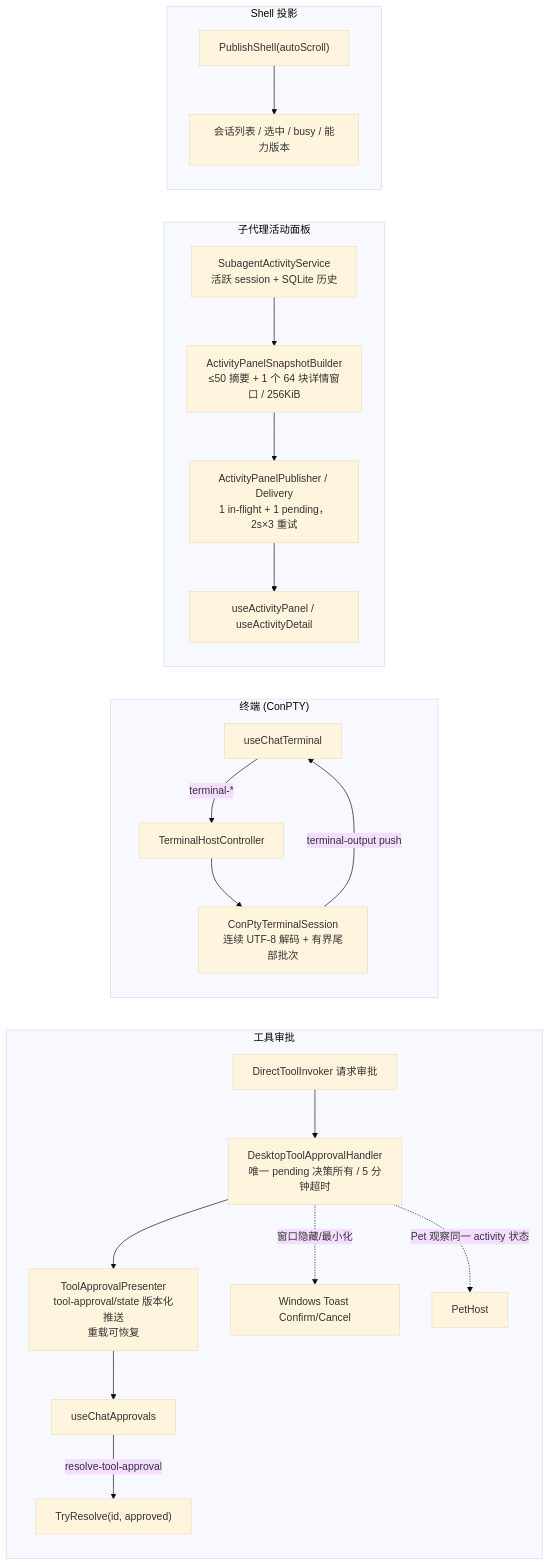
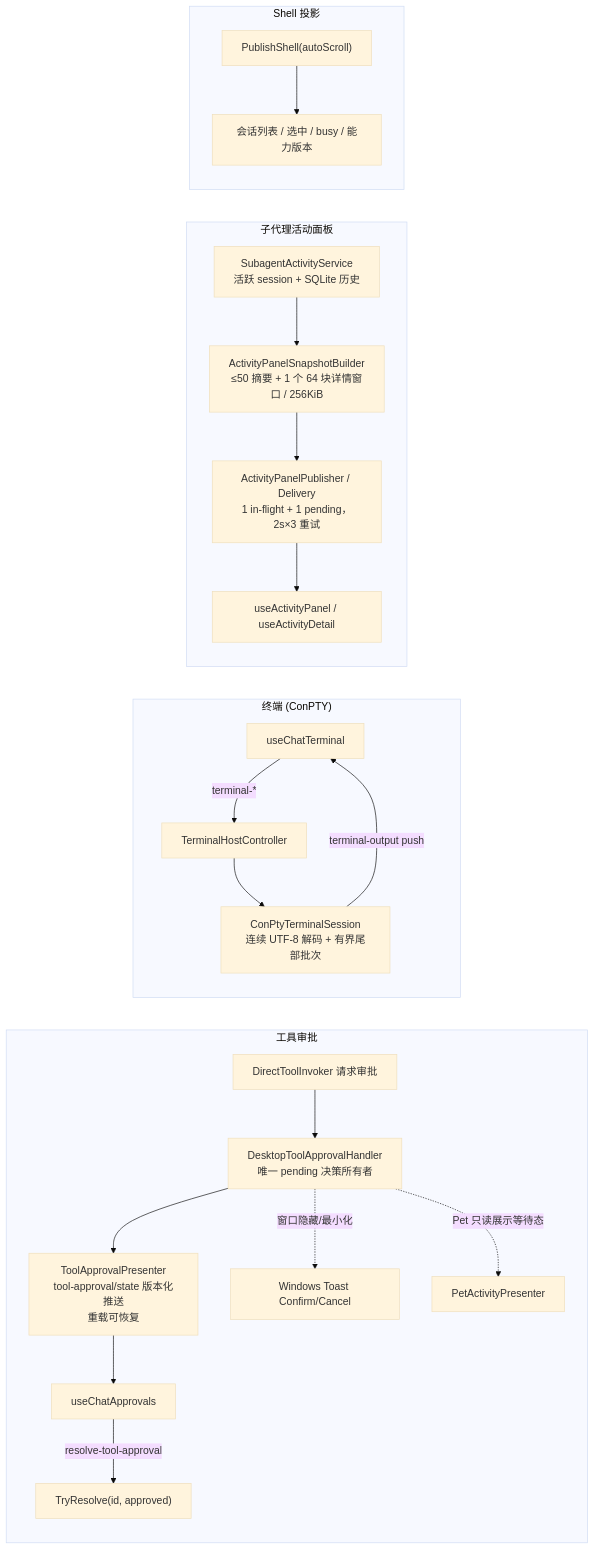
One commit to zj0135/SelfClaw changed the seventh of 8 diagrams in docs/pipeline-architecture.md. Above: the diagram before and after it, drawn with Mermaid (base theme). The commit also changed 21 other files, not shown here.

````diff
--- a/docs/pipeline-architecture.md
+++ b/docs/pipeline-architecture.md
@@ -239,24 +239,24 @@
 ```mermaid
 flowchart LR
     subgraph APPROVAL["工具审批"]
-        A1["DirectToolInvoker 请求审批"] --> A2["DesktopToolApprovalHandler<br/>唯一 pending 决策所有 / 5 分钟超时"]
+        A1["DirectToolInvoker 请求审批"] --> A2["DesktopToolApprovalHandler<br/>唯一 pending 决策所有者"]
         A2 --> A3["ToolApprovalPresenter<br/>tool-approval/state 版本化推送<br/>重载可恢复"]
         A3 --> A4["useChatApprovals"]
         A4 -->|"resolve-tool-approval"| A5["TryResolve(id, approved)"]
         A2 -.->|"窗口隐藏/最小化"| A6["Windows Toast Confirm/Cancel"]
-        A2 -.->|"Pet 观察同一 activity 状态"| A7["PetHost"]
+        A2 -.->|"Pet 只读展示等待态"| A7["PetActivityPresenter"]
     end
     subgraph TERMINAL["终端 (ConPTY)"]
         T1["useChatTerminal"] -->|"terminal-*"| T2["TerminalHostController"]
         T2 --> T3["ConPtyTerminalSession<br/>连续 UTF-8 解码 + 有界尾部批次"]
         T3 -->|"terminal-output push"| T1
     end
     subgraph ACTIVITY["子代理活动面板"]
         S1["SubagentActivityService<br/>活跃 session + SQLite 历史"] --> S2["ActivityPanelSnapshotBuilder<br/>≤50 摘要 + 1 个 64 块详情窗口 / 256KiB"]
         S2 --> S3["ActivityPanelPublisher / Delivery<br/>1 in-flight + 1 pending，2s×3 重试"]
         S3 --> S4["useActivityPanel / useActivityDetail"]
     end
     subgraph SHELL["Shell 投影"]
         H1["PublishShell(autoScroll)"] --> H2["会话列表 / 选中 / busy / 能力版本"]
     end
 ```
````
